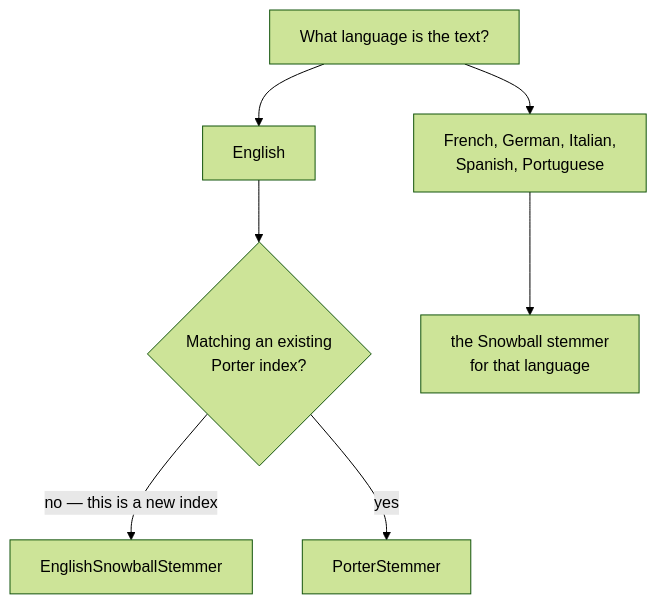
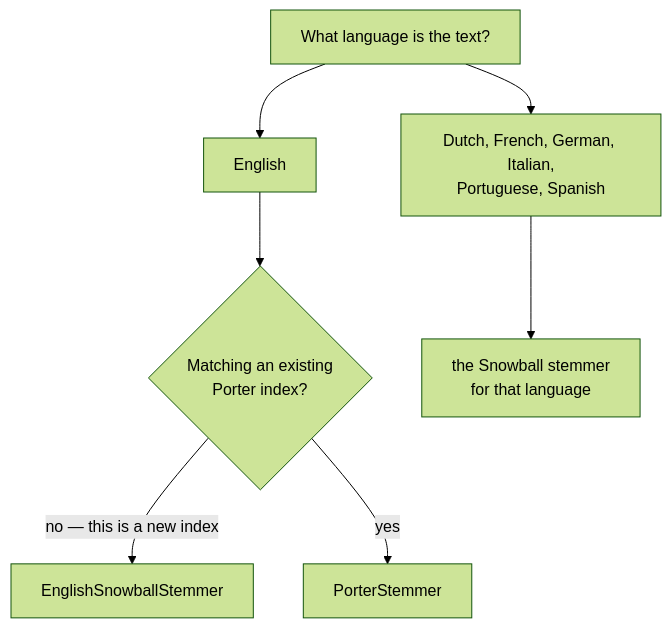
The diagram in docs/reference/text/stemming.md (CyrilB1531/data.net), drawn with Mermaid (forest theme) before and after one commit. The commit also changed other lines of this file and 11 other files, not shown here.

````diff
--- a/docs/reference/text/stemming.md
+++ b/docs/reference/text/stemming.md
@@ -12,9 +12,9 @@
 ```mermaid
 flowchart TD
     A["What language is the text?"] --> B["English"]
-    A --> C["French, German, Italian,<br/>Spanish, Portuguese"]
+    A --> C["Dutch, French, German, Italian,<br/>Portuguese, Spanish"]
     B --> D{"Matching an existing<br/>Porter index?"}
     D -->|"no — this is a new index"| E["EnglishSnowballStemmer"]
     D -->|"yes"| F["PorterStemmer"]
     C --> G["the Snowball stemmer<br/>for that language"]
 ```
````
